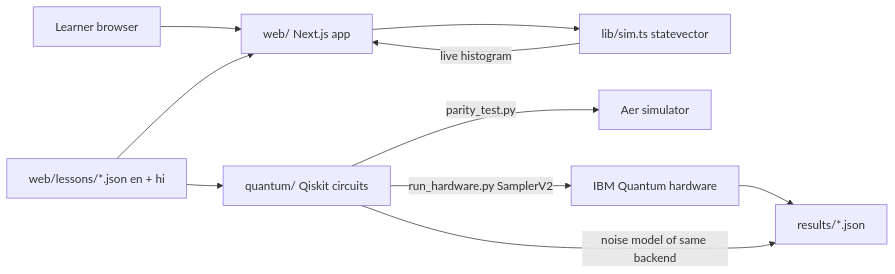
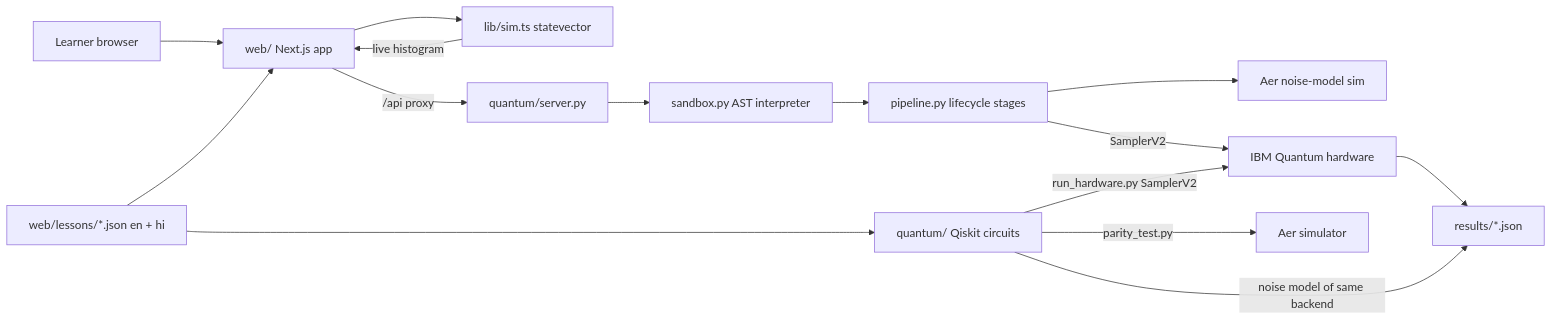
The diagram in README.md (harshit777/qiskit-fall-fest-26-quantumlab), drawn with Mermaid before and after one commit. The commit also changed other lines of this file and 12 other files, not shown here.

Commit message:
Add Code tab: server-side Qiskit lifecycle (build, decompose, optimize, transpile, execute, post-process) with IBM hardware option

````diff
--- a/README.md
+++ b/README.md
@@ -21,12 +23,17 @@
 ```mermaid
 flowchart LR
   L[Learner browser] --> UI[web/ Next.js app]
   UI --> SIM[lib/sim.ts statevector]
   SIM -->|live histogram| UI
   J[web/lessons/*.json en + hi] --> UI
+  UI -->|/api proxy| API[quantum/server.py]
+  API --> SB[sandbox.py AST interpreter]
+  SB --> PL[pipeline.py lifecycle stages]
+  PL --> AER2[Aer noise-model sim]
+  PL -->|SamplerV2| HW
   J --> QK[quantum/ Qiskit circuits]
   QK -->|parity_test.py| AER[Aer simulator]
   QK -->|run_hardware.py SamplerV2| HW[IBM Quantum hardware]
   HW --> R[results/*.json]
   QK -->|noise model of same backend| R
 ```
````
